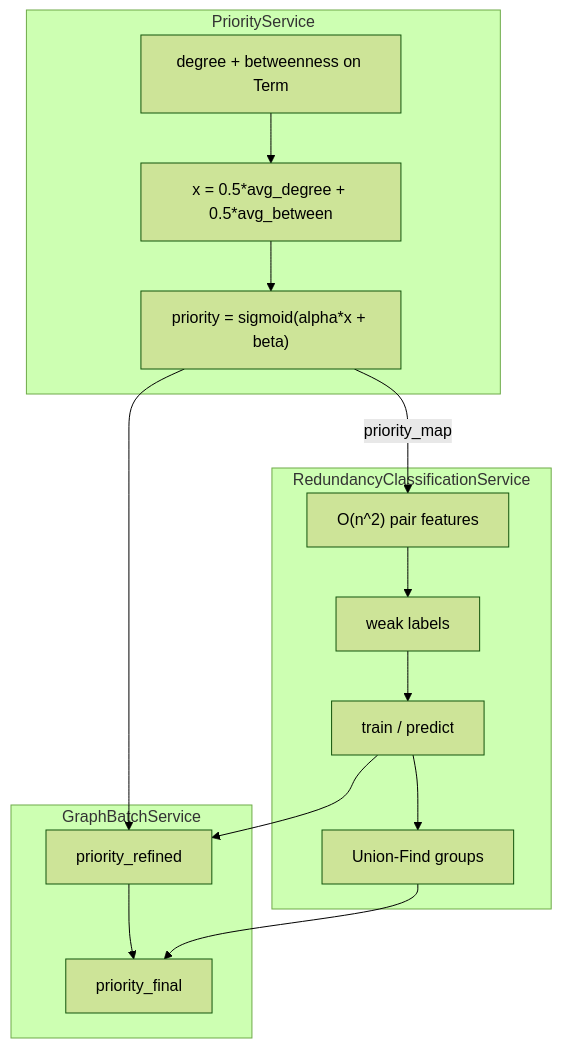
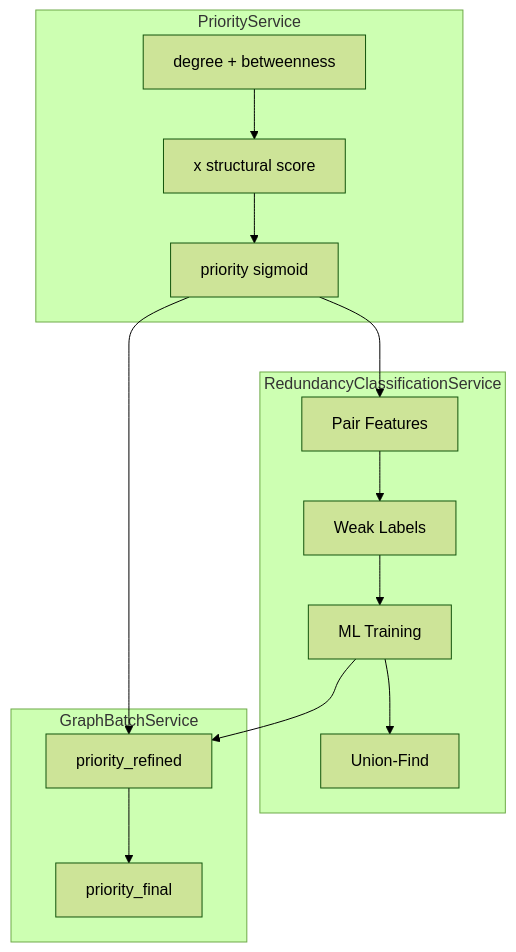
One commit to DucHuy74/daln changed the second of 3 diagrams in analyze_user_stories/docs/PRIORITY_AND_REDUNDANCY_ANALYSIS.md. Above: the diagram before and after it, drawn with Mermaid (forest theme). The commit also changed other lines of this file, not shown here.

````diff
--- a/analyze_user_stories/docs/PRIORITY_AND_REDUNDANCY_ANALYSIS.md
+++ b/analyze_user_stories/docs/PRIORITY_AND_REDUNDANCY_ANALYSIS.md
@@ -429,25 +354,26 @@
 ```mermaid
 flowchart TB
   subgraph priority_svc [PriorityService]
-    Centrality[degree + betweenness on Term]
-    Xstruct["x = 0.5*avg_degree + 0.5*avg_between"]
-    Sigmoid["priority = sigmoid(alpha*x + beta)"]
+    Centrality[degree + betweenness]
+    Struct[x structural score]
+    Sigmoid[priority sigmoid]
   end
+
   subgraph redundancy_svc [RedundancyClassificationService]
-    Pairs["O(n^2) pair features"]
-    Weak[weak labels]
-    ML[train / predict]
-    UF[Union-Find groups]
+    Pair[Pair Features]
+    Weak[Weak Labels]
+    ML[ML Training]
+    UF[Union-Find]
   end
-  subgraph batch_extra [GraphBatchService]
+
+  subgraph batch [GraphBatchService]
     Refine[priority_refined]
     Final[priority_final]
   end
-  Centrality --> Xstruct --> Sigmoid
-  Sigmoid -->|priority_map| Pairs
-  Pairs --> Weak --> ML --> UF
+
+  Centrality --> Struct --> Sigmoid
+  Sigmoid --> Pair
+  Pair --> Weak --> ML --> UF
   Sigmoid --> Refine
-  ML --> Refine
-  Refine --> Final
-  UF --> Final
+  ML --> Refine --> Final
 ```
````
